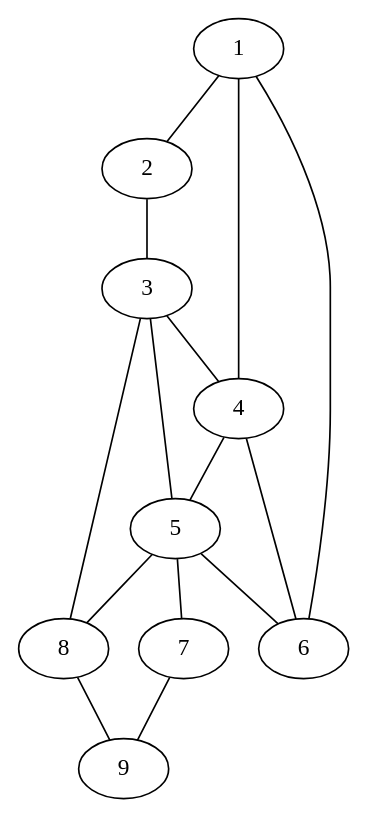
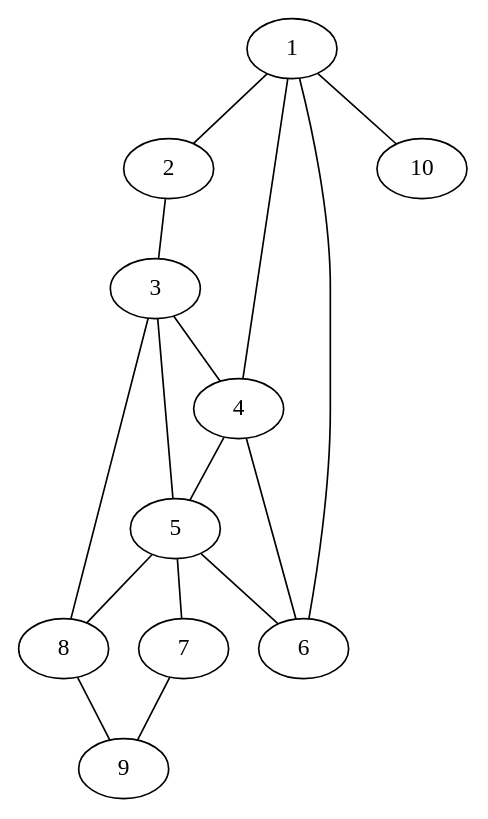
Before and after one commit to victorassiso/BibliGrafos: the diagram in input/dot/grafo_lista2.dot, drawn with Graphviz. The commit also changed 32 other files, not shown here.

```diff
--- a/input/dot/grafo_lista2.dot
+++ b/input/dot/grafo_lista2.dot
@@ -1,16 +1,17 @@
 graph {
 1 -- 2
 1 -- 4
 1 -- 6
 2 -- 3
 3 -- 4
-4 -- 5
-5 -- 6
-4 -- 6
-5 -- 7
 3 -- 5
 3 -- 8
+4 -- 5
+4 -- 6
+5 -- 6
+5 -- 7
 5 -- 8
+7 -- 9
 8 -- 9
-7 -- 9
+1 -- 10
 }
```
